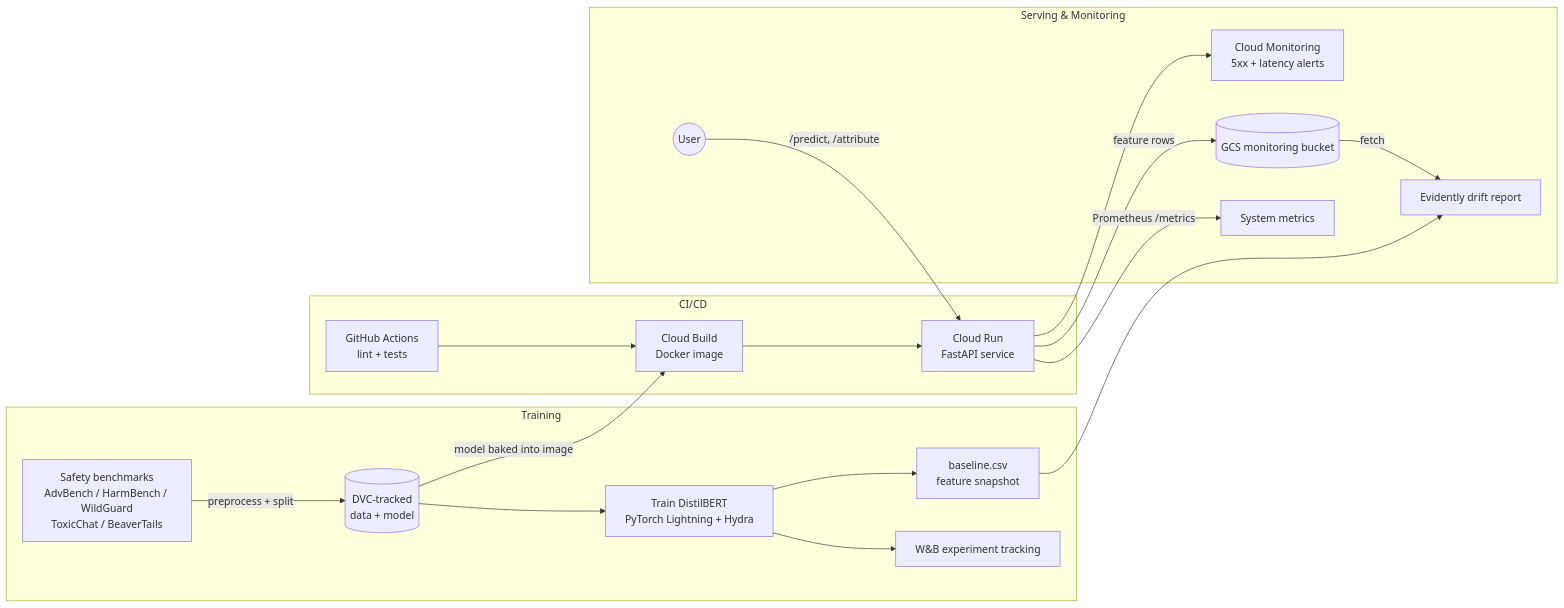
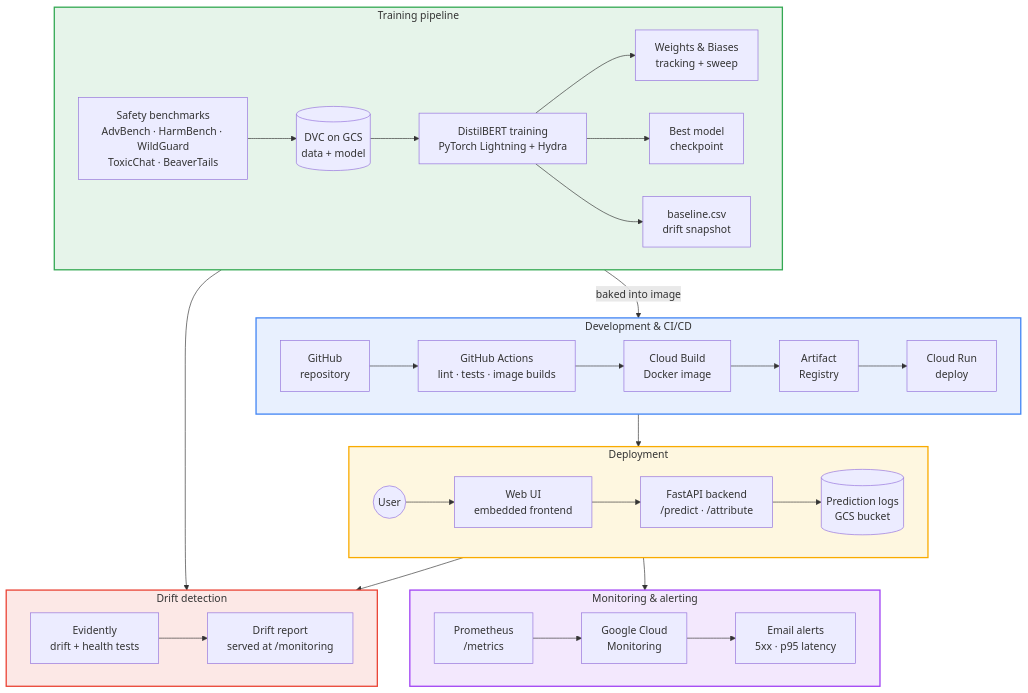
One commit to ssophiee/shapiq-prompt-risk-attribution changed the diagram in README.md. Above: the diagram before and after it, drawn with Mermaid.

````diff
--- a/README.md
+++ b/README.md
@@ -46,25 +46,48 @@
 ```mermaid
-flowchart LR
-    subgraph Training
-        RAW[Safety benchmarks<br/>AdvBench / HarmBench / WildGuard<br/>ToxicChat / BeaverTails] -->|preprocess + split| DVC[(DVC-tracked<br/>data + model)]
-        DVC --> TRAIN[Train DistilBERT<br/>PyTorch Lightning + Hydra]
-        TRAIN --> WANDB[W&B experiment tracking]
-        TRAIN --> BASE[baseline.csv<br/>feature snapshot]
+flowchart TB
+    subgraph DEV["Development & CI/CD"]
+        direction LR
+        REPO[GitHub<br/>repository] --> GA[GitHub Actions<br/>lint · tests · image builds]
+        GA --> CB[Cloud Build<br/>Docker image]
+        CB --> AR[Artifact<br/>Registry]
+        AR --> CR[Cloud Run<br/>deploy]
     end
 
-    subgraph CI/CD
-        GH[GitHub Actions<br/>lint + tests] --> BUILD[Cloud Build<br/>Docker image]
-        BUILD --> RUN[Cloud Run<br/>FastAPI service]
+    subgraph TRAINING["Training pipeline"]
+        direction LR
+        DATA[Safety benchmarks<br/>AdvBench · HarmBench · WildGuard<br/>ToxicChat · BeaverTails] --> DVC[(DVC on GCS<br/>data + model)]
+        DVC --> TRAIN[DistilBERT training<br/>PyTorch Lightning + Hydra]
+        TRAIN --> WB[Weights & Biases<br/>tracking + sweep]
+        TRAIN --> CKPT[Best model<br/>checkpoint]
+        TRAIN --> BASE[baseline.csv<br/>drift snapshot]
     end
 
-    DVC -->|model baked into image| BUILD
+    subgraph SERVING["Deployment"]
+        direction LR
+        USER((User)) --> UI[Web UI<br/>embedded frontend]
+        UI --> API[FastAPI backend<br/>/predict · /attribute]
+        API --> ROWS[(Prediction logs<br/>GCS bucket)]
+    end
 
-    subgraph Serving & Monitoring
-        USER((User)) -->|/predict, /attribute| RUN
-        RUN -->|Prometheus /metrics| METRICS[System metrics]
-        RUN -->|feature rows| GCS[(GCS monitoring bucket)]
-        RUN --> CM[Cloud Monitoring<br/>5xx + latency alerts]
-        GCS -->|fetch| EV[Evidently drift report]
-        BASE --> EV
+    subgraph MONITORING["Monitoring & alerting"]
+        direction LR
+        PROM[Prometheus<br/>/metrics] --> CM[Google Cloud<br/>Monitoring] --> ALERT[Email alerts<br/>5xx · p95 latency]
     end
+
+    subgraph DRIFT["Drift detection"]
+        direction LR
+        EV[Evidently<br/>drift + health tests] --> REPORT[Drift report<br/>served at /monitoring]
+    end
+
+    CKPT -->|baked into image| CB
+    CR --> API
+    API --> PROM
+    ROWS --> EV
+    BASE --> EV
+
+    style DEV fill:#e8f0fe,stroke:#4285f4,stroke-width:2px
+    style TRAINING fill:#e6f4ea,stroke:#34a853,stroke-width:2px
+    style SERVING fill:#fef7e0,stroke:#f9ab00,stroke-width:2px
+    style MONITORING fill:#f3e8fd,stroke:#a142f4,stroke-width:2px
+    style DRIFT fill:#fce8e6,stroke:#ea4335,stroke-width:2px
 ```
````
